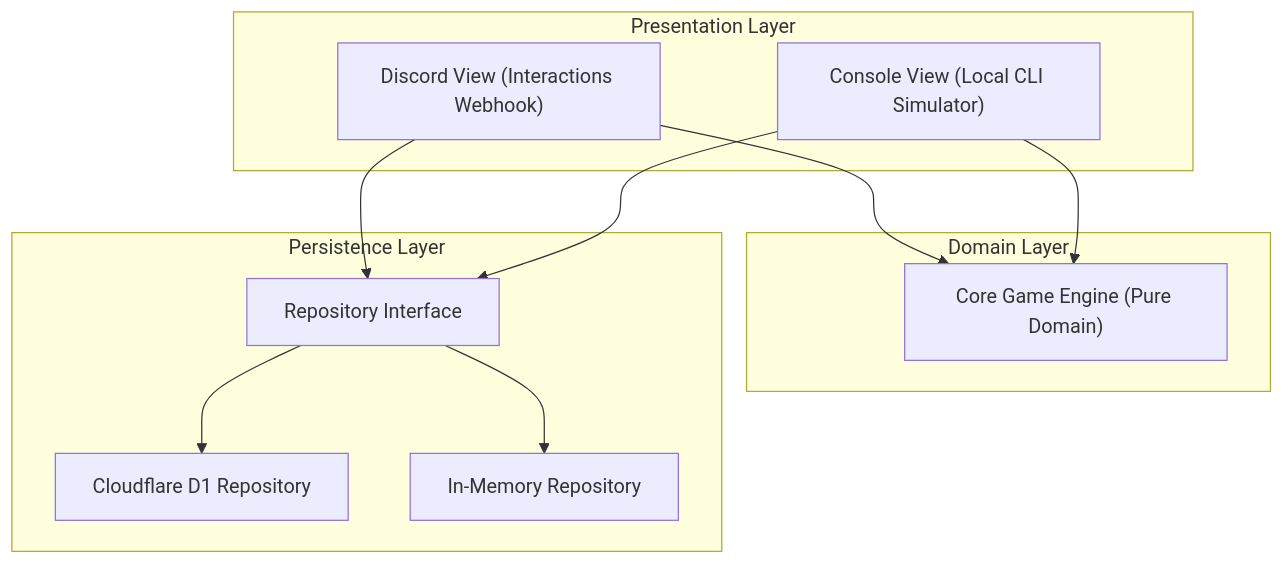
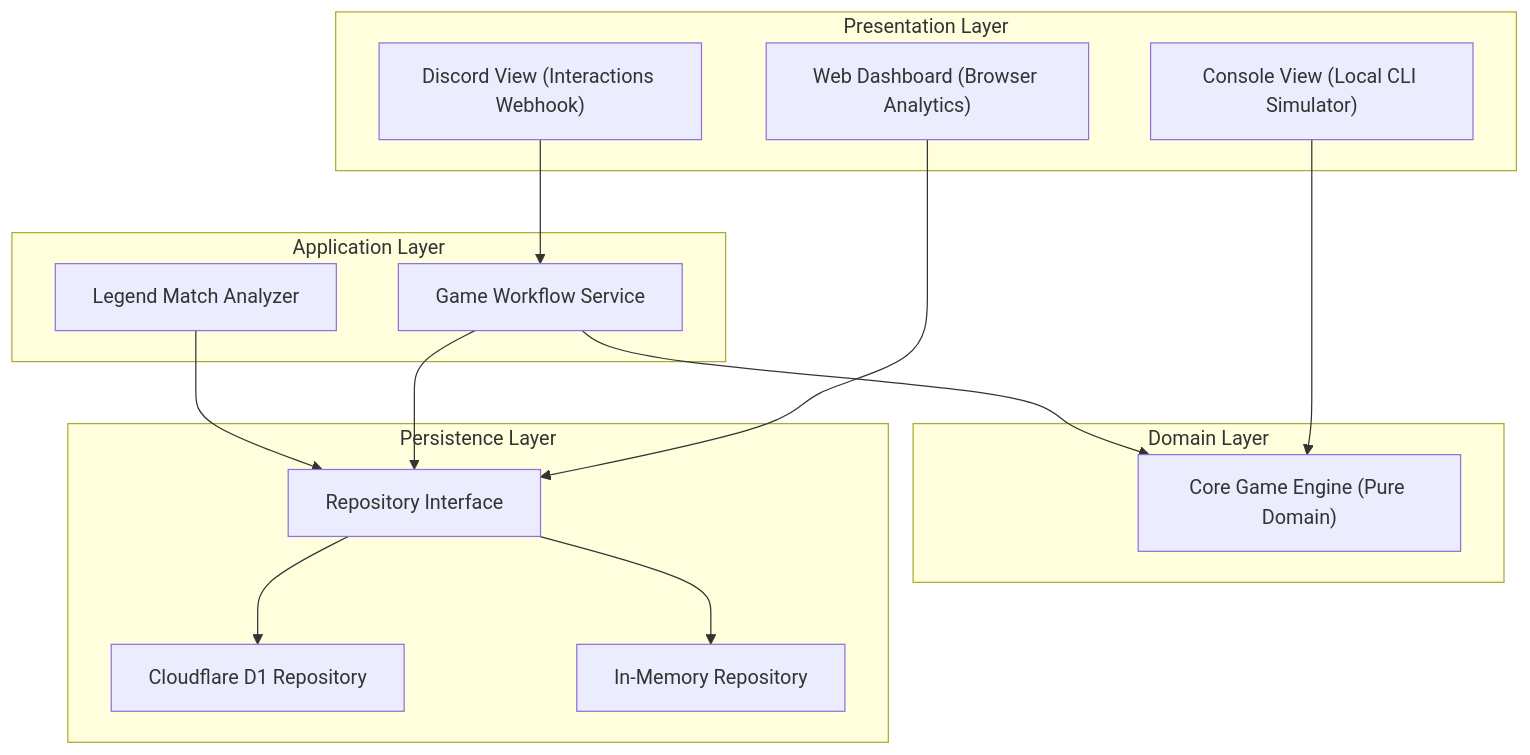
One commit to woowong/discord-yachoo changed the diagram in ARCHITECTURE.md. Above: the diagram before and after it, drawn with Mermaid. The commit also changed other lines of this file and 4 other files, not shown here.

Commit message:
docs: Application Layer·웹 대시보드·전설의 경기·프로필 분석 반영 및 npm 스크립트명 수정

````diff
--- a/ARCHITECTURE.md
+++ b/ARCHITECTURE.md
@@ -12,24 +12,32 @@
 ```mermaid
 graph TD
     subgraph Presentation Layer
         DiscordView["Discord View (Interactions Webhook)"]
         ConsoleView["Console View (Local CLI Simulator)"]
+        WebView["Web Dashboard (Browser Analytics)"]
+    end
+
+    subgraph Application Layer
+        Workflow["Game Workflow Service"]
+        Legend["Legend Match Analyzer"]
     end
 
     subgraph Domain Layer
         Engine["Core Game Engine (Pure Domain)"]
     end
 
     subgraph Persistence Layer
         Repository["Repository Interface"]
         D1Repo["Cloudflare D1 Repository"]
         MemRepo["In-Memory Repository"]
     end
 
-    DiscordView --> Engine
+    DiscordView --> Workflow
     ConsoleView --> Engine
-    DiscordView --> Repository
-    ConsoleView --> Repository
+    WebView --> Repository
+    Workflow --> Engine
+    Workflow --> Repository
+    Legend --> Repository
     Repository --> D1Repo
     Repository --> MemRepo
 ```
````
